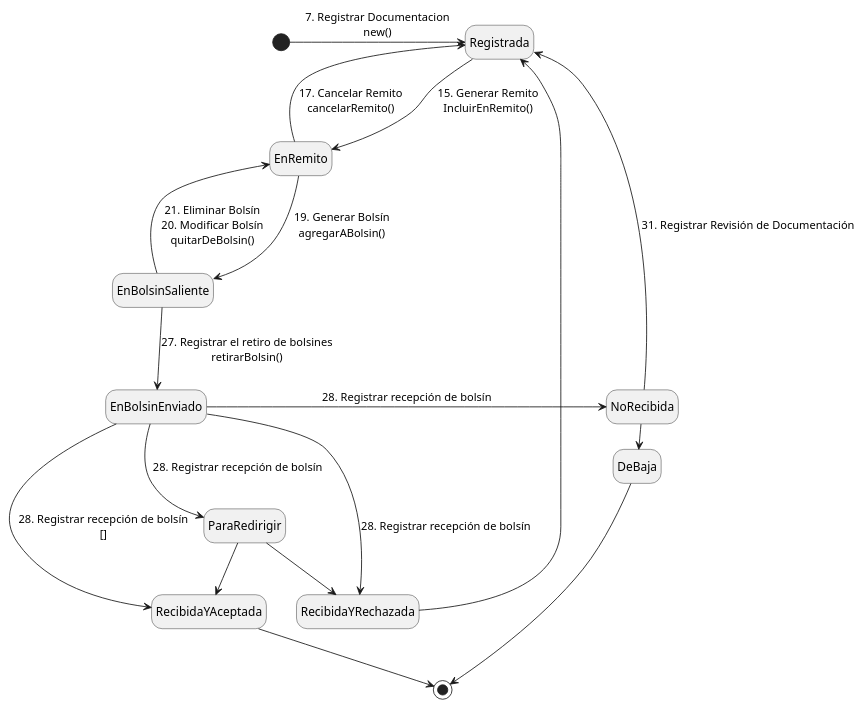
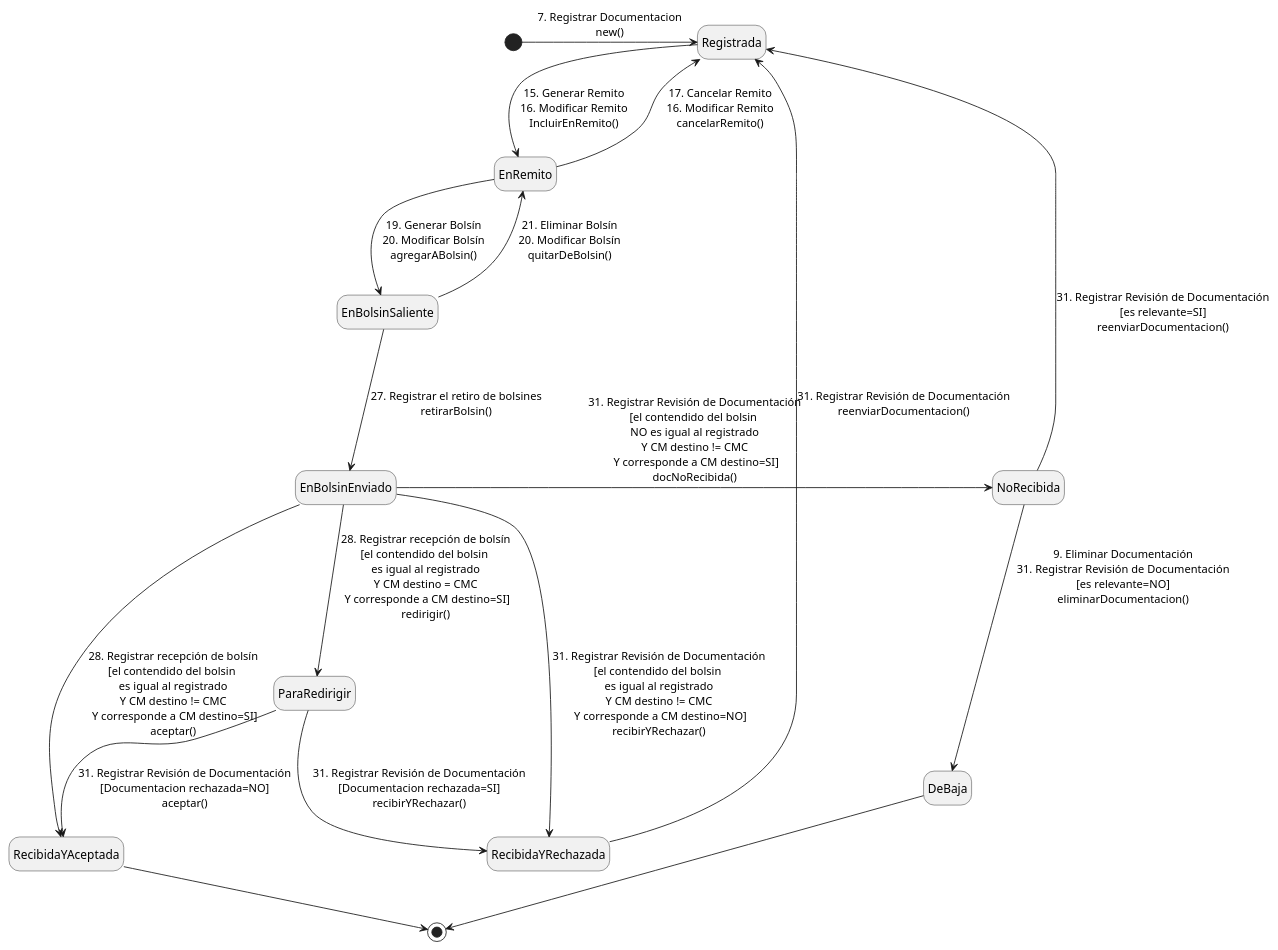
Before and after one commit to JuanjoCasas/PPAI-Bolsin: the diagram in doc/CU28_RegistrarRecepcionDeBolsin/ME_Documentacion.puml, drawn with PlantUML. The commit also changed 2 other files, not shown here.

Commit message:
fix: All diagrams

```diff
--- a/doc/CU28_RegistrarRecepcionDeBolsin/ME_Documentacion.puml
+++ b/doc/CU28_RegistrarRecepcionDeBolsin/ME_Documentacion.puml
@@ -1,26 +1,28 @@
 @startuml "Maquina de estados de Documentación"
 hide empty description
 
 [*] -> Registrada : 7. Registrar Documentacion\nnew()
-Registrada --> EnRemito : 15. Generar Remito\nIncluirEnRemito()
 
-EnRemito -> Registrada : 17. Cancelar Remito\ncancelarRemito()
+Registrada --> EnRemito : 15. Generar Remito\n16. Modificar Remito\nIncluirEnRemito()
 
-EnRemito --> EnBolsinSaliente : 19. Generar Bolsín\nagregarABolsin()
+EnRemito -> Registrada : 17. Cancelar Remito\n16. Modificar Remito\ncancelarRemito()
+
+EnRemito --> EnBolsinSaliente : 19. Generar Bolsín\n20. Modificar Bolsín\nagregarABolsin()
 
 EnBolsinSaliente -> EnRemito : 21. Eliminar Bolsín\n20. Modificar Bolsín\nquitarDeBolsin()
 
-EnBolsinSaliente --> EnBolsinEnviado : 27. Registrar el retiro de bolsines\nretirarBolsin()
+EnBolsinSaliente ---> EnBolsinEnviado : 27. Registrar el retiro de bolsines\nretirarBolsin()
 
-EnBolsinEnviado --> RecibidaYAceptada: 28. Registrar recepción de bolsín\n[]
-EnBolsinEnviado -> NoRecibida: 28. Registrar recepción de bolsín
-NoRecibida -> Registrada: 31. Registrar Revisión de Documentación
-NoRecibida -> DeBaja: 31. Registrar Revisión de Documentación
-EnBolsinEnviado -> RecibidaYRechazada: 28. Registrar recepción de bolsín
-RecibidaYRechazada -> Registrada 
-EnBolsinEnviado --> ParaRedirigir: 28. Registrar recepción de bolsín
-ParaRedirigir --> RecibidaYAceptada
-ParaRedirigir --> RecibidaYRechazada
+EnBolsinEnviado --> RecibidaYAceptada: 28. Registrar recepción de bolsín\n[el contendido del bolsin \nes igual al registrado\nY CM destino != CMC\n Y corresponde a CM destino=SI]\naceptar()
+EnBolsinEnviado -> NoRecibida: 31. Registrar Revisión de Documentación\n[el contendido del bolsin \nNO es igual al registrado\nY CM destino != CMC\n Y corresponde a CM destino=SI]\ndocNoRecibida()
+NoRecibida -> Registrada: 31. Registrar Revisión de Documentación\n[es relevante=SI]\nreenviarDocumentacion()
+NoRecibida --> DeBaja: 9. Eliminar Documentación\n31. Registrar Revisión de Documentación\n[es relevante=NO]\neliminarDocumentacion()
+EnBolsinEnviado -> RecibidaYRechazada: 31. Registrar Revisión de Documentación\n[el contendido del bolsin \nes igual al registrado\nY CM destino != CMC\n Y corresponde a CM destino=NO]\nrecibirYRechazar()
+RecibidaYRechazada -> Registrada: 31. Registrar Revisión de Documentación\nreenviarDocumentacion()
+EnBolsinEnviado --> ParaRedirigir: 28. Registrar recepción de bolsín\n[el contendido del bolsin \nes igual al registrado\nY CM destino = CMC\n Y corresponde a CM destino=SI]\nredirigir()
+ParaRedirigir --> RecibidaYAceptada: 31. Registrar Revisión de Documentación\n[Documentacion rechazada=NO]\naceptar()
+ParaRedirigir --> RecibidaYRechazada: 31. Registrar Revisión de Documentación\n[Documentacion rechazada=SI]\nrecibirYRechazar()
 RecibidaYAceptada --> [*]
 DeBaja --> [*]
+
 @enduml
```
